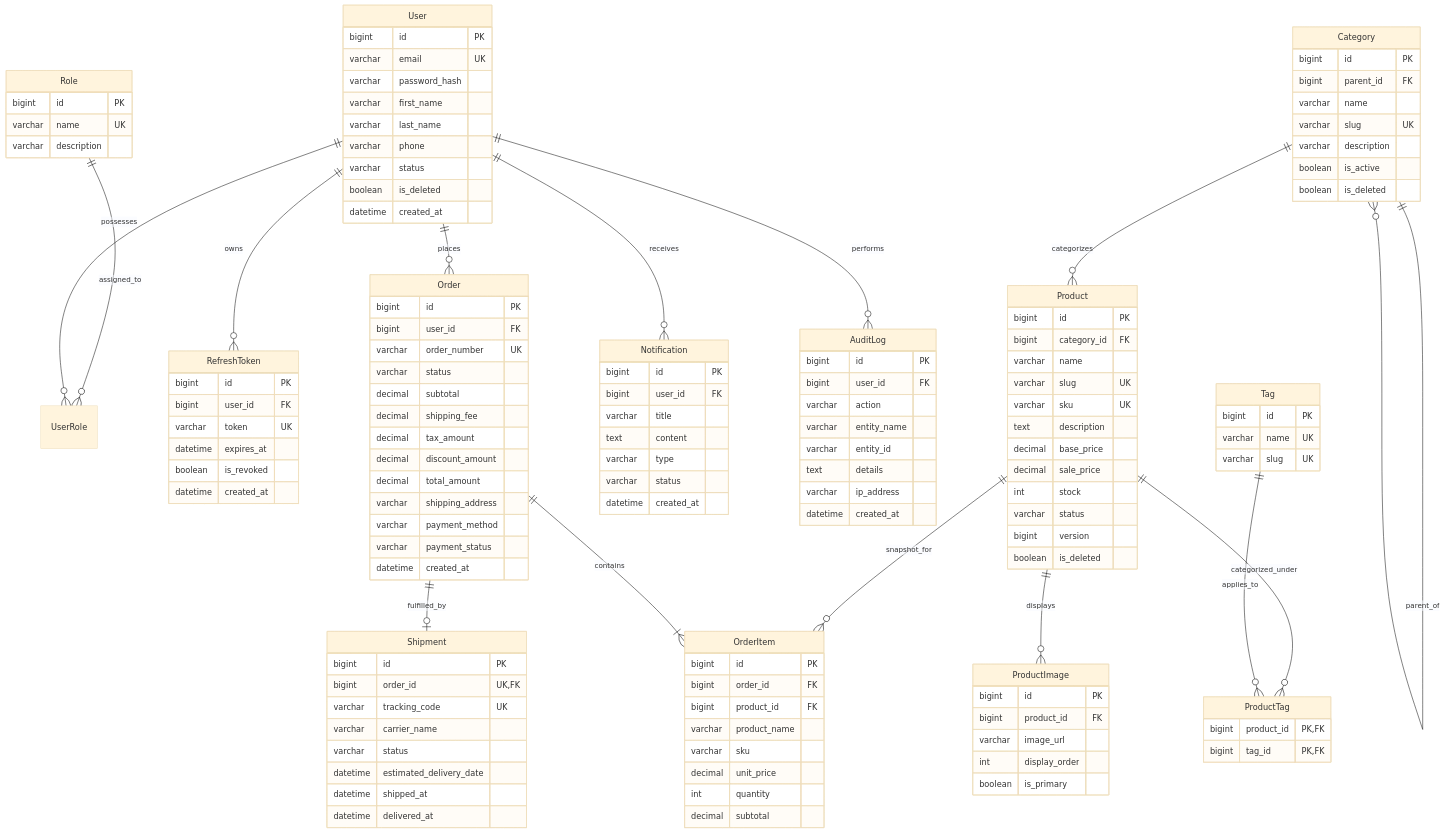
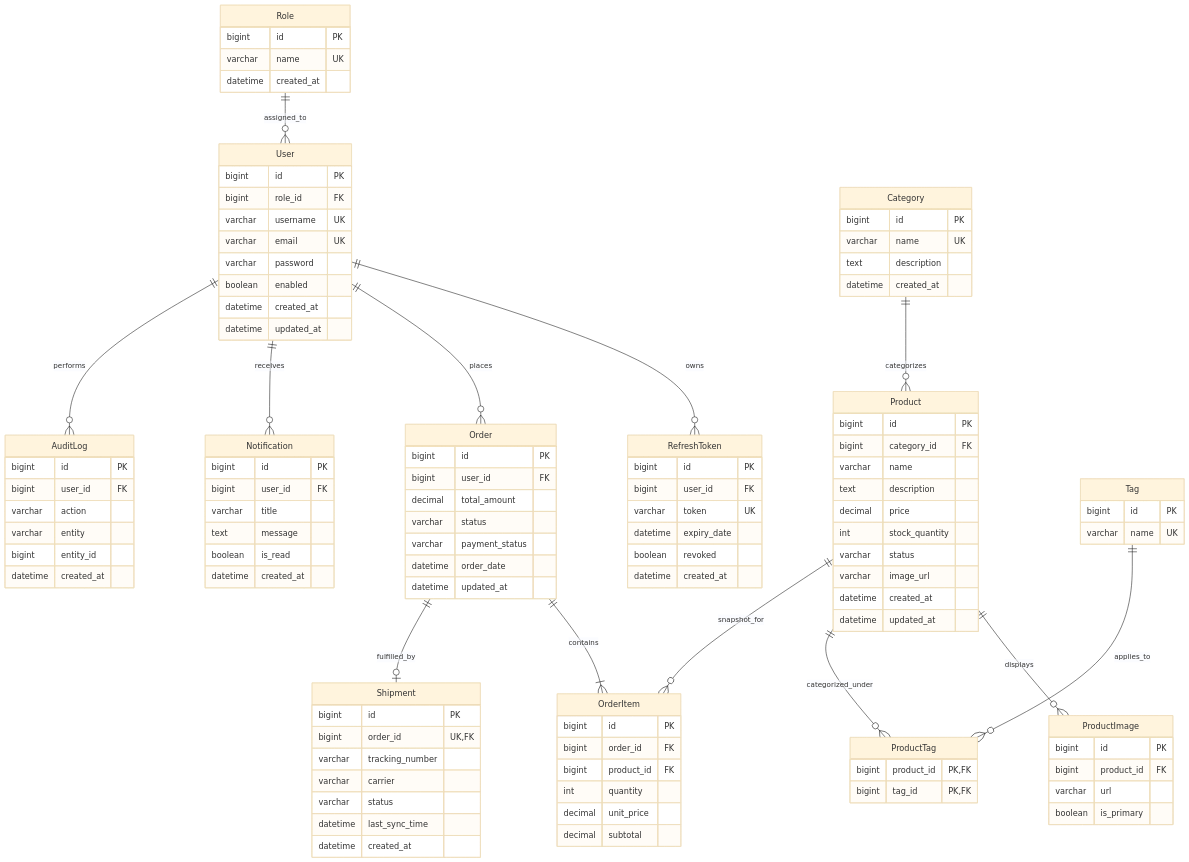
The diagram in docs/database.md (Kien04840/ecommerce-backend), drawn with Mermaid (base theme) before and after one commit. The commit also changed other lines of this file and 21 other files, not shown here.

````diff
--- a/docs/database.md
+++ b/docs/database.md
@@ -18,13 +18,11 @@
 ```mermaid
 erDiagram
-    Role ||--o{ UserRole : assigned_to
-    User ||--o{ UserRole : possesses
+    Role ||--o{ User : assigned_to
     User ||--o{ RefreshToken : owns
     User ||--o{ Order : places
     User ||--o{ Notification : receives
     User ||--o{ AuditLog : performs
 
-    Category ||--o{ Category : parent_of
     Category ||--o{ Product : categorizes
     Product ||--o{ ProductImage : displays
     Product ||--o{ ProductTag : categorized_under
@@ -36,68 +34,60 @@
 
     User {
         bigint id PK
+        bigint role_id FK
+        varchar username UK
         varchar email UK
-        varchar password_hash
-        varchar first_name
-        varchar last_name
-        varchar phone
-        varchar status
-        boolean is_deleted
+        varchar password
+        boolean enabled
         datetime created_at
+        datetime updated_at
     }
 
     Role {
         bigint id PK
         varchar name UK
-        varchar description
+        datetime created_at
     }
 
     RefreshToken {
         bigint id PK
         bigint user_id FK
         varchar token UK
-        datetime expires_at
-        boolean is_revoked
+        datetime expiry_date
+        boolean revoked
         datetime created_at
     }
 
     Category {
         bigint id PK
-        bigint parent_id FK
-        varchar name
-        varchar slug UK
-        varchar description
-        boolean is_active
-        boolean is_deleted
+        varchar name UK
+        text description
+        datetime created_at
     }
 
     Product {
         bigint id PK
         bigint category_id FK
         varchar name
-        varchar slug UK
-        varchar sku UK
         text description
-        decimal base_price
-        decimal sale_price
-        int stock
+        decimal price
+        int stock_quantity
         varchar status
-        bigint version
-        boolean is_deleted
+        varchar image_url
+        datetime created_at
+        datetime updated_at
     }
 
     ProductImage {
         bigint id PK
         bigint product_id FK
-        varchar image_url
-        int display_order
+        varchar url
         boolean is_primary
     }
 
     Tag {
         bigint id PK
         varchar name UK
-        varchar slug UK
     }
 
     ProductTag {
@@ -108,48 +98,38 @@
     Order {
         bigint id PK
         bigint user_id FK
-        varchar order_number UK
+        decimal total_amount
         varchar status
-        decimal subtotal
-        decimal shipping_fee
-        decimal tax_amount
-        decimal discount_amount
-        decimal total_amount
-        varchar shipping_address
-        varchar payment_method
         varchar payment_status
-        datetime created_at
+        datetime order_date
+        datetime updated_at
     }
 
     OrderItem {
         bigint id PK
         bigint order_id FK
         bigint product_id FK
-        varchar product_name
-        varchar sku
+        int quantity
         decimal unit_price
-        int quantity
         decimal subtotal
     }
 
     Shipment {
         bigint id PK
         bigint order_id UK,FK
-        varchar tracking_code UK
-        varchar carrier_name
+        varchar tracking_number
+        varchar carrier
         varchar status
-        datetime estimated_delivery_date
-        datetime shipped_at
-        datetime delivered_at
+        datetime last_sync_time
+        datetime created_at
     }
 
     Notification {
         bigint id PK
         bigint user_id FK
         varchar title
-        text content
-        varchar type
-        varchar status
+        text message
+        boolean is_read
         datetime created_at
     }
 
@@ -157,10 +137,8 @@
         bigint id PK
         bigint user_id FK
         varchar action
-        varchar entity_name
-        varchar entity_id
-        text details
-        varchar ip_address
+        varchar entity
+        bigint entity_id
         datetime created_at
     }
 ```
````
